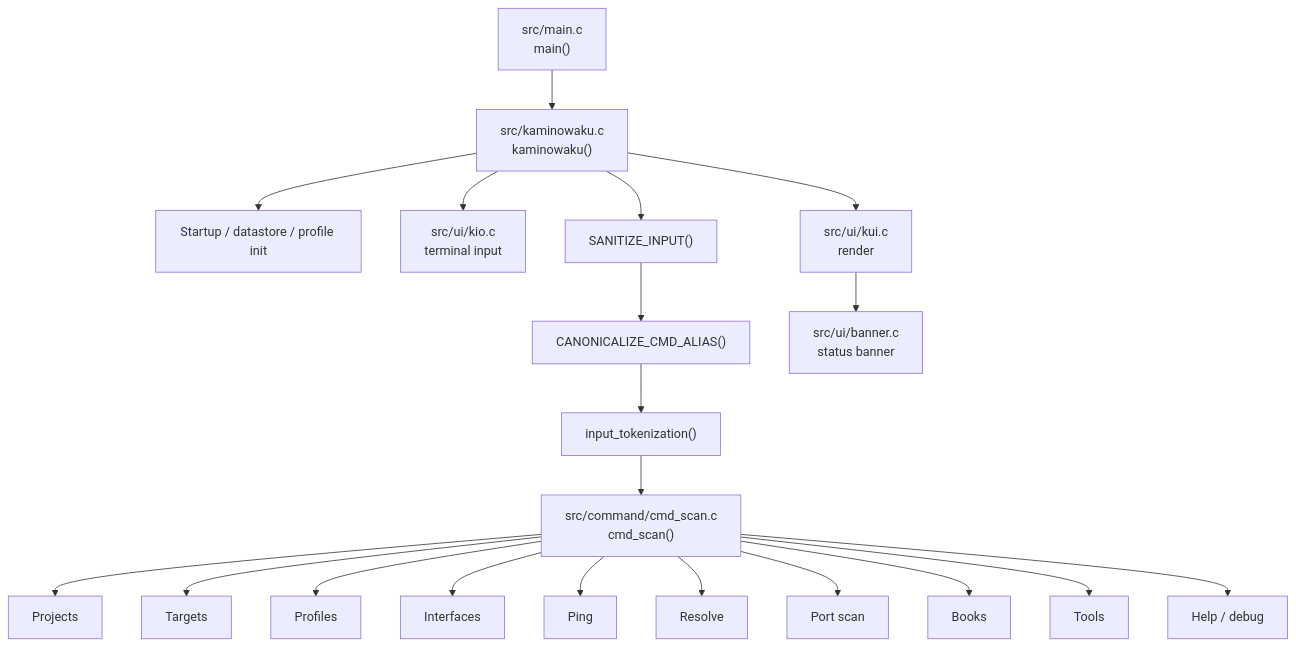
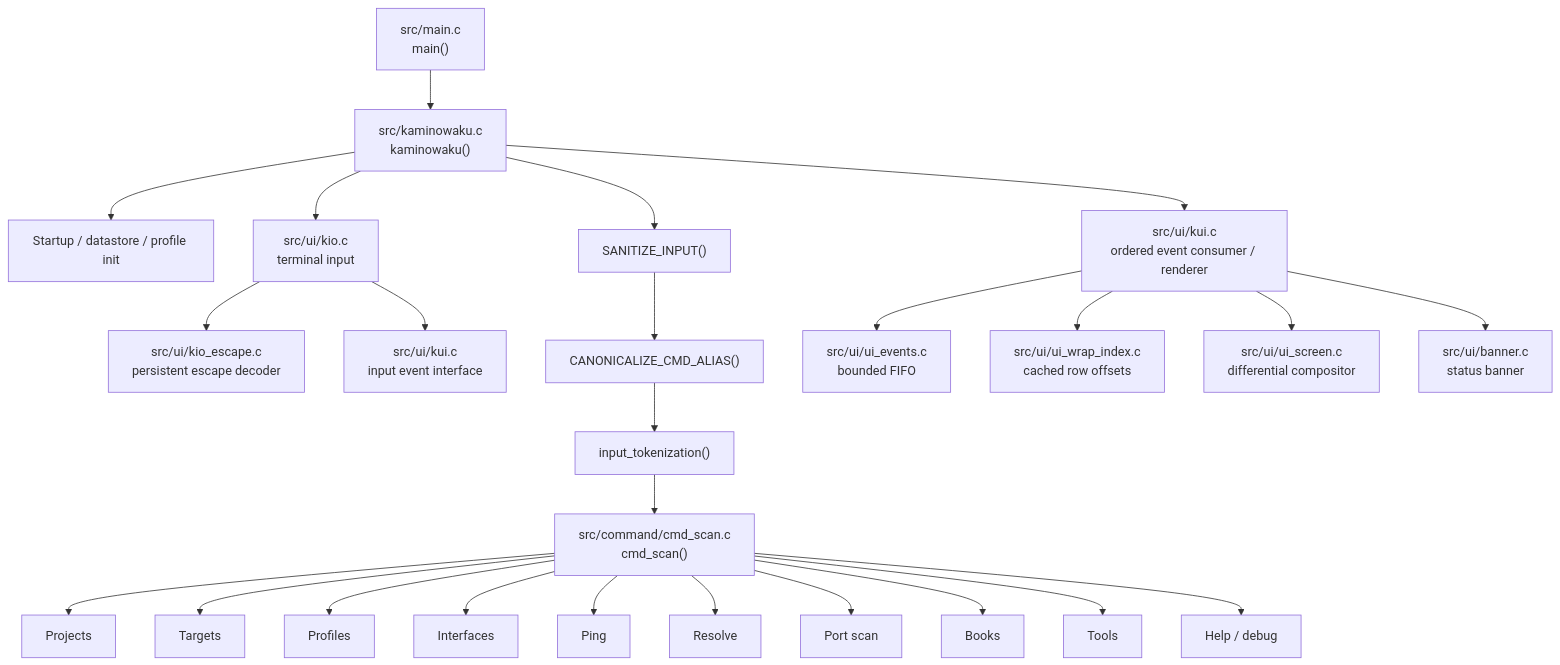
One commit to DFH-Software-Projects/kaminowaku changed the first of 12 diagrams in docs/LINK_GRAPH.md. Above: the diagram before and after it, drawn with Mermaid. The commit also changed other lines of this file, not shown here.

````diff
--- a/docs/LINK_GRAPH.md
+++ b/docs/LINK_GRAPH.md
@@ -82,25 +85,30 @@
 ```mermaid
 flowchart TD
     A["src/main.c<br/>main()"] --> B["src/kaminowaku.c<br/>kaminowaku()"]
 
     B --> C["Startup / datastore / profile init"]
     B --> D["src/ui/kio.c<br/>terminal input"]
+    D --> D1["src/ui/kio_escape.c<br/>persistent escape decoder"]
+    D --> D2["src/ui/kui.c<br/>input event interface"]
     B --> E["SANITIZE_INPUT()"]
     E --> F["CANONICALIZE_CMD_ALIAS()"]
     F --> G["input_tokenization()"]
     G --> H["src/command/cmd_scan.c<br/>cmd_scan()"]
 
     H --> I["Projects"]
     H --> J["Targets"]
     H --> K["Profiles"]
     H --> L["Interfaces"]
     H --> M["Ping"]
     H --> N["Resolve"]
     H --> O["Port scan"]
     H --> P["Books"]
     H --> Q["Tools"]
     H --> R["Help / debug"]
 
-    B --> S["src/ui/kui.c<br/>render"]
+    B --> S["src/ui/kui.c<br/>ordered event consumer / renderer"]
+    S --> U["src/ui/ui_events.c<br/>bounded FIFO"]
+    S --> V["src/ui/ui_wrap_index.c<br/>cached row offsets"]
+    S --> W["src/ui/ui_screen.c<br/>differential compositor"]
     S --> T["src/ui/banner.c<br/>status banner"]
 ```
````
